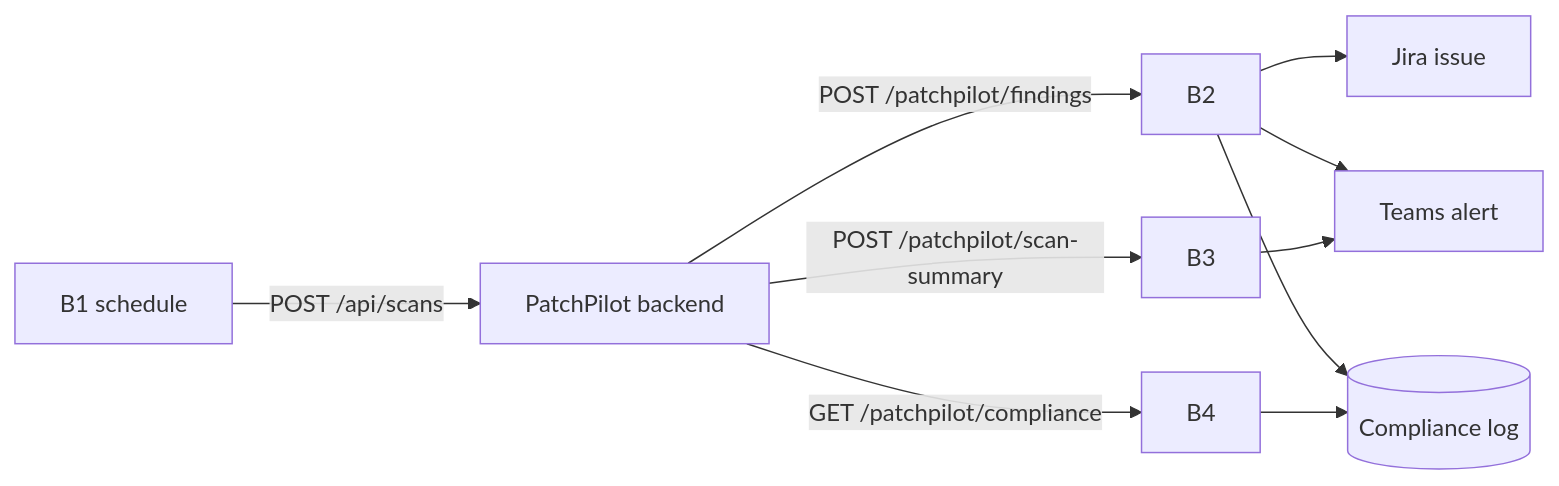
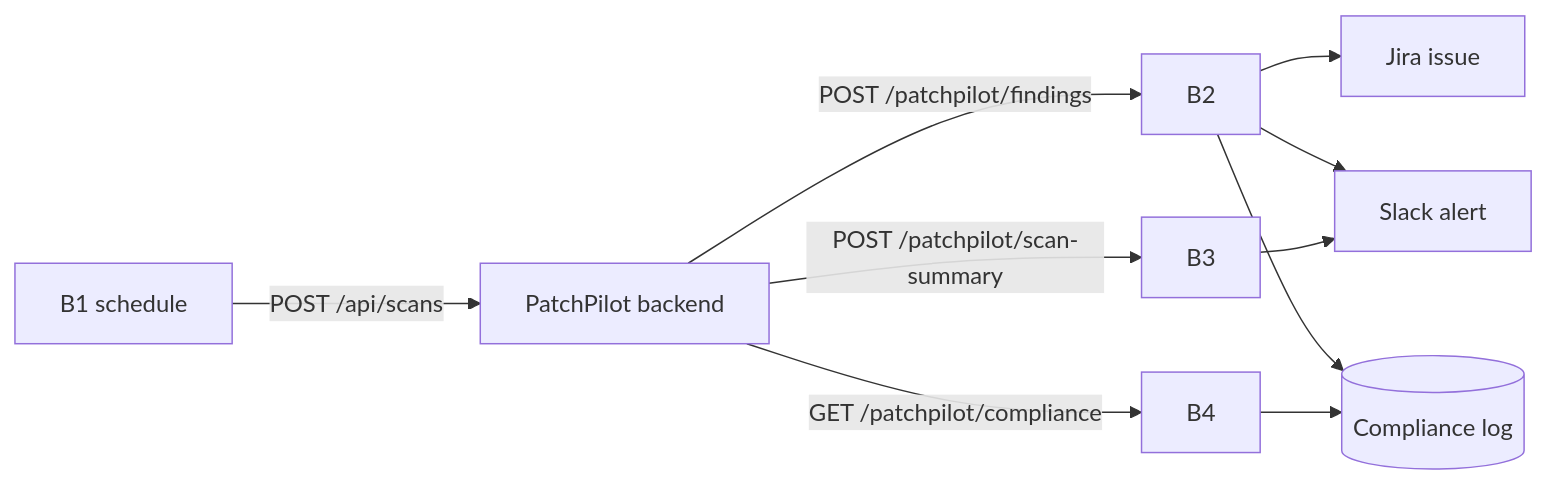
The diagram in docs/BOOMI_HANDOFF.md (BommepalliRoop/patchpilot-dryrun), drawn with Mermaid before and after one commit. The commit also changed other lines of this file and 23 other files, not shown here.

First line of the commit message:
Use Slack instead of Microsoft Teams for alerts and summaries

````diff
--- a/docs/BOOMI_HANDOFF.md
+++ b/docs/BOOMI_HANDOFF.md
@@ -101,12 +103,12 @@
 ```mermaid
 flowchart LR
     SCHED[B1 schedule] -- "POST /api/scans" --> PP[PatchPilot backend]
     PP -- "POST /patchpilot/findings" --> B2[B2]
     PP -- "POST /patchpilot/scan-summary" --> B3[B3]
     PP -- "GET /patchpilot/compliance" --> B4[B4]
     B2 --> JIRA[Jira issue]
-    B2 --> TEAMS[Teams alert]
+    B2 --> SLACK[Slack alert]
     B2 --> LOG[(Compliance log)]
-    B3 --> TEAMS
+    B3 --> SLACK
     B4 --> LOG
 ```
````
